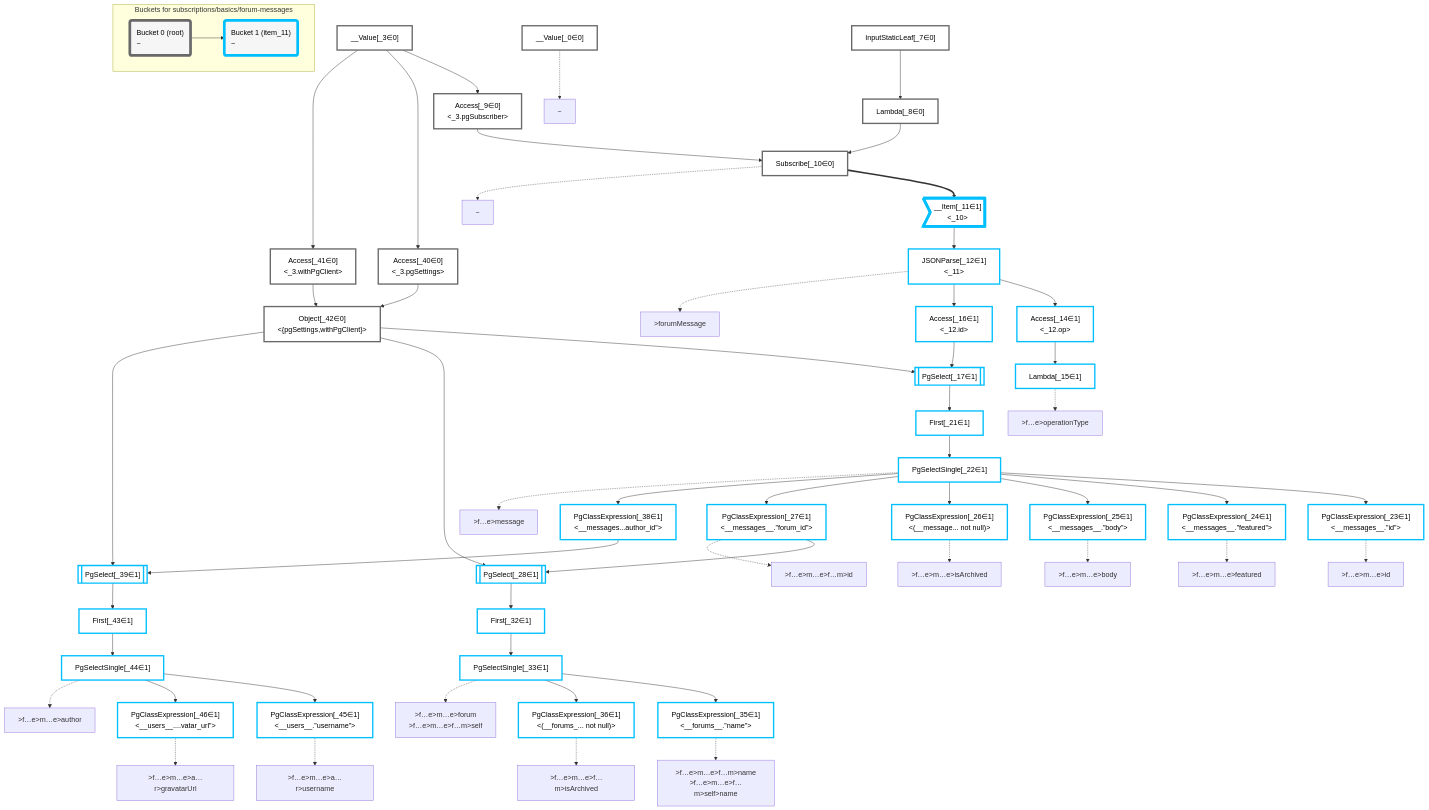
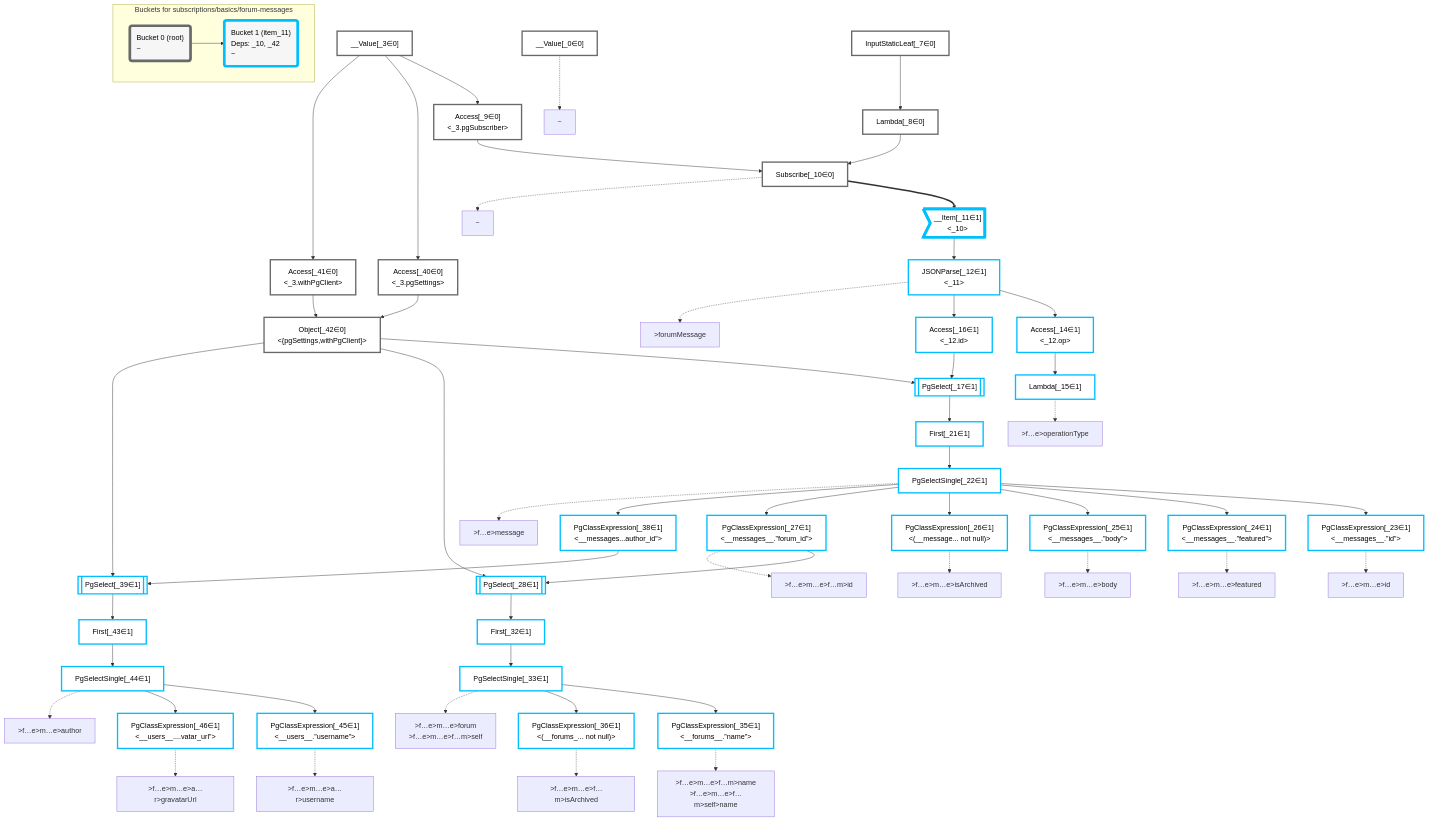
The diagram in packages/dataplan-pg/__tests__/subscriptions/basics/forum-messages.deopt.mermaid.md (graphile/crystal), drawn with Mermaid before and after one commit. The commit also changed 157 other files, not shown here.

```diff
--- a/packages/dataplan-pg/__tests__/subscriptions/basics/forum-messages.deopt.mermaid.md
+++ b/packages/dataplan-pg/__tests__/subscriptions/basics/forum-messages.deopt.mermaid.md
@@ -122,7 +122,7 @@
     subgraph "Buckets for subscriptions/basics/forum-messages"
     Bucket0("Bucket 0 (root)<br />~"):::bucket
     style Bucket0 stroke:#696969
-    Bucket1("Bucket 1 (item_11)<br />~"):::bucket
+    Bucket1("Bucket 1 (item_11)<br />Deps: _10, _42<br />~"):::bucket
     style Bucket1 stroke:#00bfff
     Bucket0 --> Bucket1
     end
```
